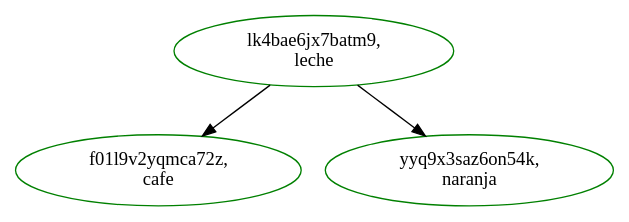
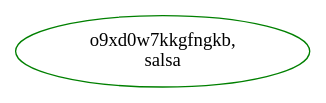
One commit to Stevensis/EDD20VJ_Proyecto1 changed the diagram in PruebaArbol.dot. Above: the diagram before and after it, drawn with Graphviz. The commit also changed 40 other files, not shown here.

```diff
--- a/PruebaArbol.dot
+++ b/PruebaArbol.dot
@@ -1,8 +1,4 @@
 digraph Sparce_Matrix { 
 node [height=0.5, width=1.2];
-"f01l9v2yqmca72z" [label=" f01l9v2yqmca72z,\ncafe",color=green] 
-"lk4bae6jx7batm9" [label=" lk4bae6jx7batm9,\nleche",color=green] 
-"lk4bae6jx7batm9" -> "yyq9x3saz6on54k" 
-"lk4bae6jx7batm9" -> "f01l9v2yqmca72z" 
-"yyq9x3saz6on54k" [label=" yyq9x3saz6on54k,\nnaranja",color=green] 
+"o9xd0w7kkgfngkb" [label=" o9xd0w7kkgfngkb,\nsalsa",color=green] 
 }
```
